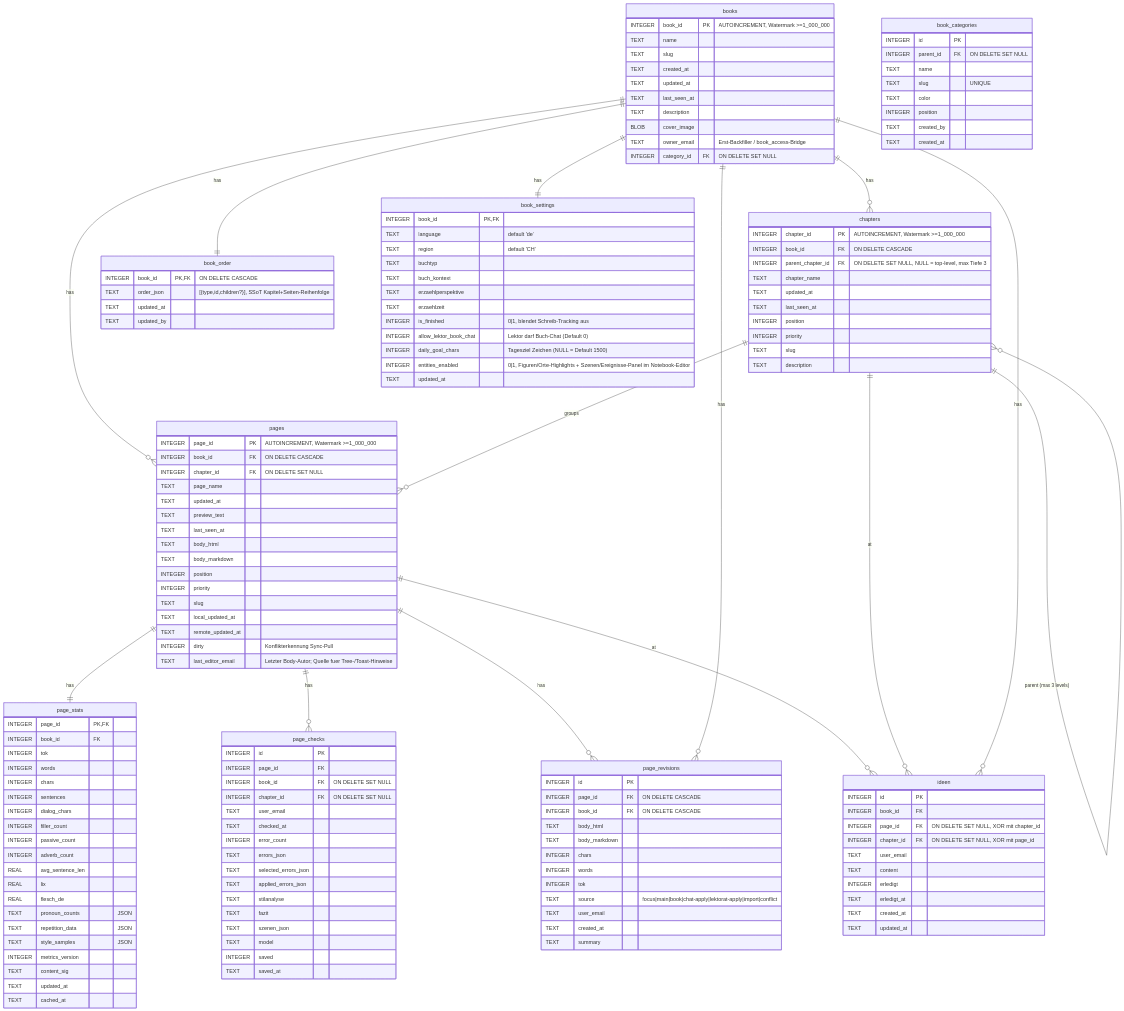
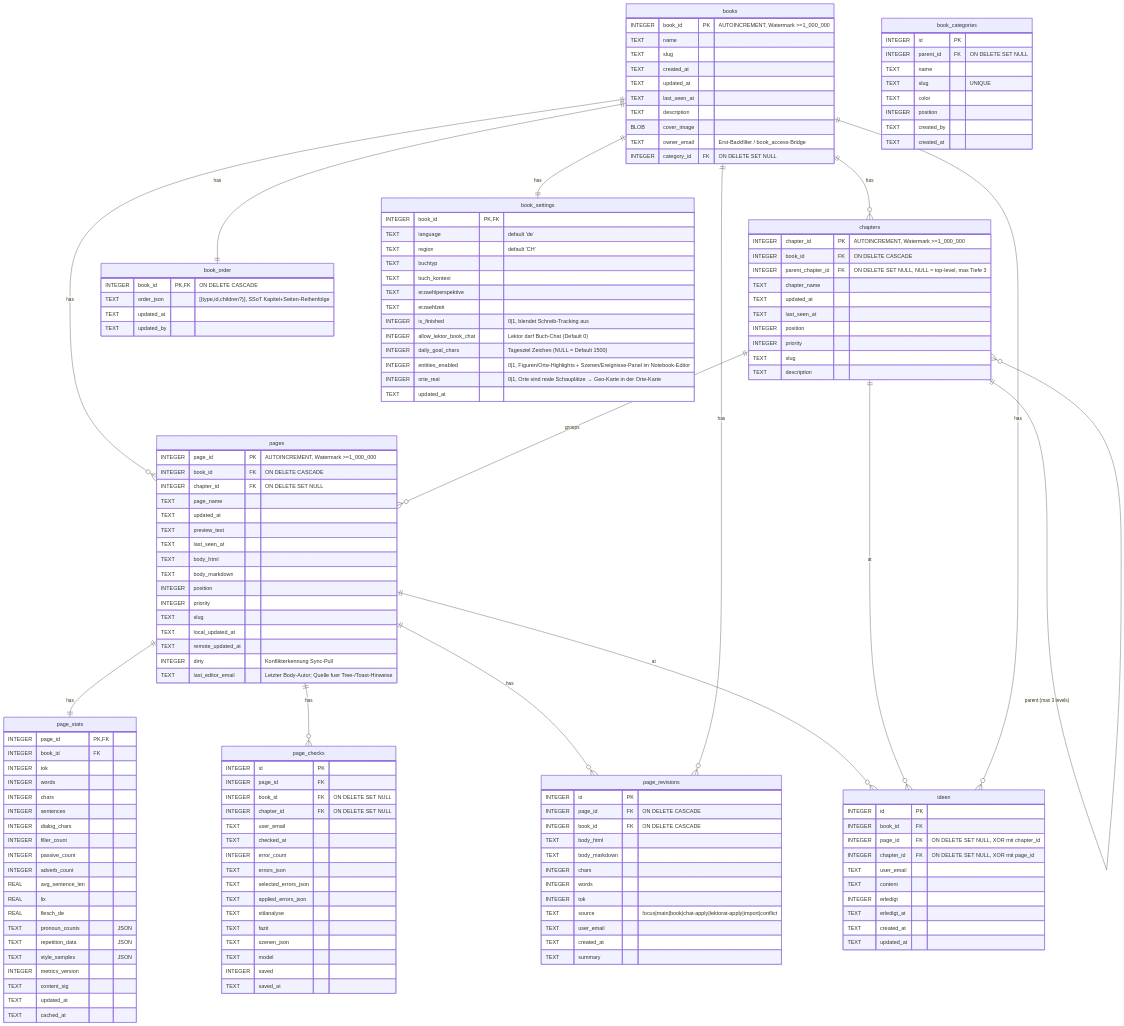
Before and after one commit to bedeberger/schreibwerkstatt: the second of 6 diagrams in docs/erd.md, drawn with Mermaid. The commit also changed other lines of this file and 61 other files, not shown here.

Commit message:
orte map, world-fakten karte, pdf exporter improved

```diff
--- a/docs/erd.md
+++ b/docs/erd.md
@@ -302,6 +302,7 @@
     INTEGER allow_lektor_book_chat   "Lektor darf Buch-Chat (Default 0)"
     INTEGER daily_goal_chars         "Tagesziel Zeichen (NULL = Default 1500)"
     INTEGER entities_enabled         "0|1, Figuren/Orte-Highlights + Szenen/Ereignisse-Panel im Notebook-Editor"
+    INTEGER orte_real                "0|1, Orte sind reale Schauplätze → Geo-Karte in der Orte-Karte"
     TEXT    updated_at
   }
 
```
